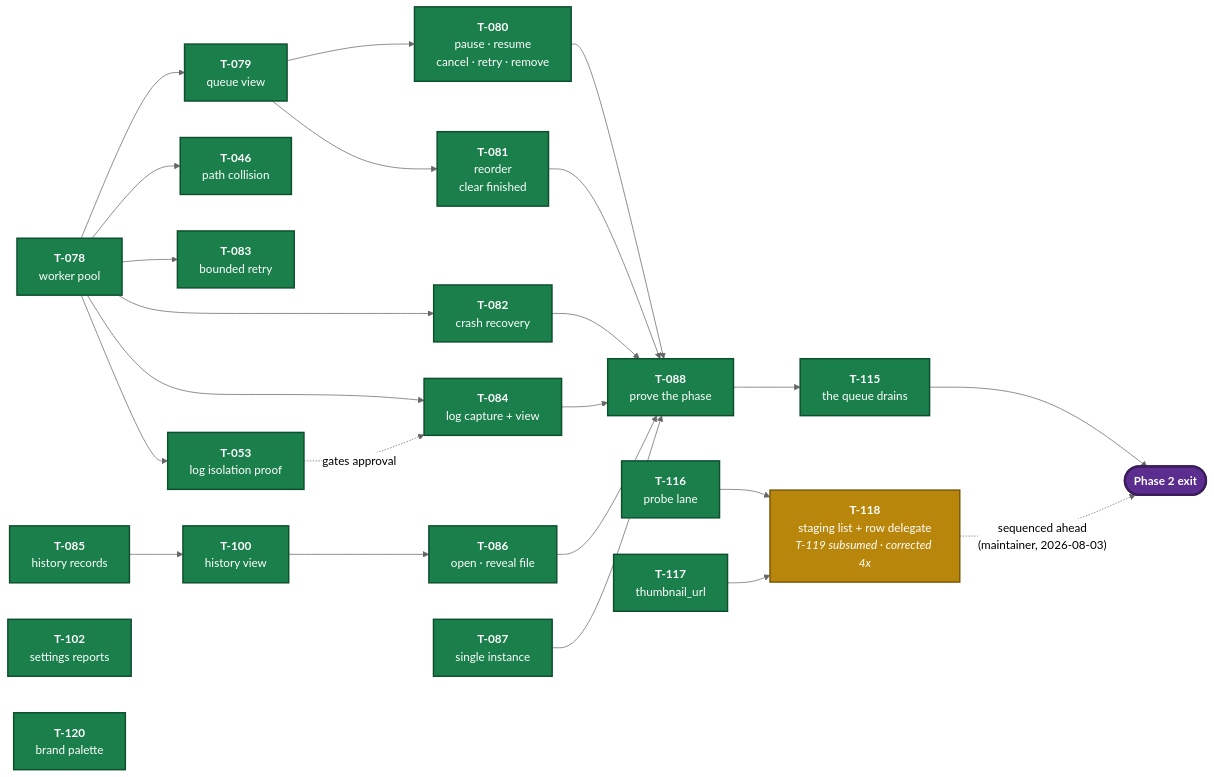
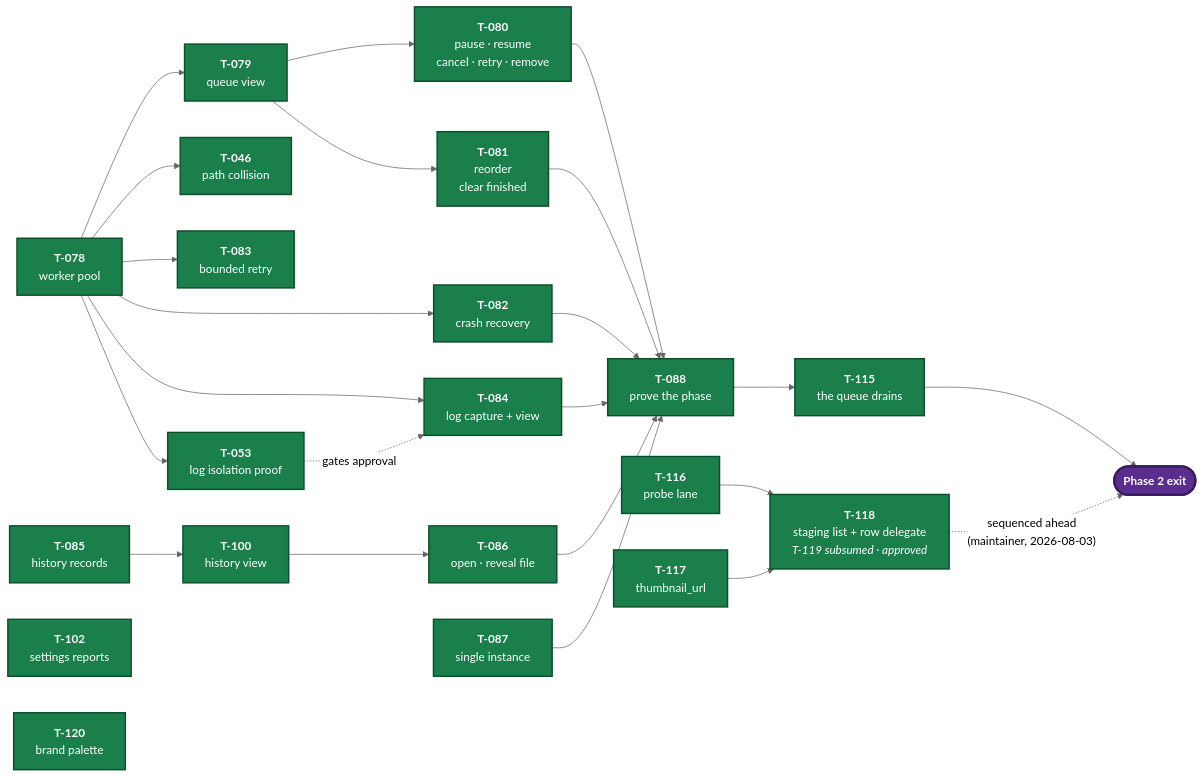
Before and after one commit to kottmans/tracks-and-trails: the diagram in ai/IMPLEMENTATION_PLAN.md, drawn with Mermaid (neutral theme). The commit also changed other lines of this file and 2 other files, not shown here.

First line of the commit message:
File T-118 as approved, and fix what red now means

````diff
--- a/ai/IMPLEMENTATION_PLAN.md
+++ b/ai/IMPLEMENTATION_PLAN.md
@@ -244,57 +253,57 @@
 ```mermaid
 flowchart LR
     classDef approved fill:#1a7f4b,stroke:#0d4f2d,stroke-width:2px,color:#fff
     classDef review   fill:#b8860b,stroke:#7a5808,stroke-width:2px,color:#fff
     classDef ready    fill:#1f5fa8,stroke:#123a68,stroke-width:2px,color:#fff
     classDef proposed fill:#4a4a4a,stroke:#2a2a2a,stroke-width:2px,color:#fff
     classDef exit     fill:#5b2d8e,stroke:#3a1c5c,stroke-width:3px,color:#fff
 
     T078["<b>T-078</b><br/>worker pool"]:::approved
     T079["<b>T-079</b><br/>queue view"]:::approved
     T085["<b>T-085</b><br/>history records"]:::approved
     T080["<b>T-080</b><br/>pause · resume<br/>cancel · retry · remove"]:::approved
     T081["<b>T-081</b><br/>reorder<br/>clear finished"]:::approved
     T046["<b>T-046</b><br/>path collision"]:::approved
     T083["<b>T-083</b><br/>bounded retry"]:::approved
     T053["<b>T-053</b><br/>log isolation proof"]:::approved
     T082["<b>T-082</b><br/>crash recovery"]:::approved
     T084["<b>T-084</b><br/>log capture + view"]:::approved
     T100["<b>T-100</b><br/>history view"]:::approved
     T102["<b>T-102</b><br/>settings reports"]:::approved
     T087["<b>T-087</b><br/>single instance"]:::approved
     T086["<b>T-086</b><br/>open · reveal file"]:::approved
     T088["<b>T-088</b><br/>prove the phase"]:::approved
     T115["<b>T-115</b><br/>the queue drains"]:::approved
 
     T116["<b>T-116</b><br/>probe lane"]:::approved
     T117["<b>T-117</b><br/>thumbnail_url"]:::approved
     T120["<b>T-120</b><br/>brand palette"]:::approved
-    T118["<b>T-118</b><br/>staging list + row delegate<br/><i>T-119 subsumed · corrected 4x</i>"]:::review
+    T118["<b>T-118</b><br/>staging list + row delegate<br/><i>T-119 subsumed · approved</i>"]:::approved
 
     EXIT(["<b>Phase 2 exit</b>"]):::exit
 
     T078 --> T079
     T078 --> T046
     T078 --> T083
     T078 --> T082
     T078 --> T084
     T078 --> T053
     T079 --> T080
     T079 --> T081
     T085 --> T100
     T100 --> T086
     T053 -. gates approval .-> T084
 
     T080 --> T088
     T081 --> T088
     T082 --> T088
     T084 --> T088
     T086 --> T088
     T087 --> T088
     T088 --> T115
     T115 --> EXIT
 
     T116 --> T118
     T117 --> T118
     T118 -. "sequenced ahead<br/>(maintainer, 2026-08-03)" .-> EXIT
 ```
````
